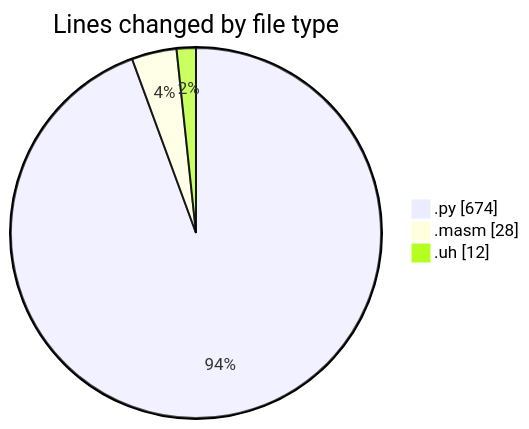
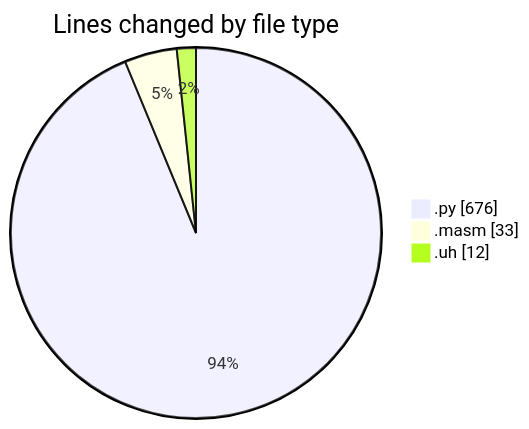
One commit to charlie-sans/code-tracking changed the first of 2 diagrams in 2025-05-01/uhigh-lang/README.md. Above: the diagram before and after it, drawn with Mermaid. The commit also changed other lines of this file and 1 other file, not shown here.

````diff
--- a/2025-05-01/uhigh-lang/README.md
+++ b/2025-05-01/uhigh-lang/README.md
@@ -22,7 +22,7 @@
 ```mermaid
 pie showData
 title Lines changed by file type
-".py" : 674
-".masm" : 28
+".py" : 676
+".masm" : 33
 ".uh" : 12
 ```
````
